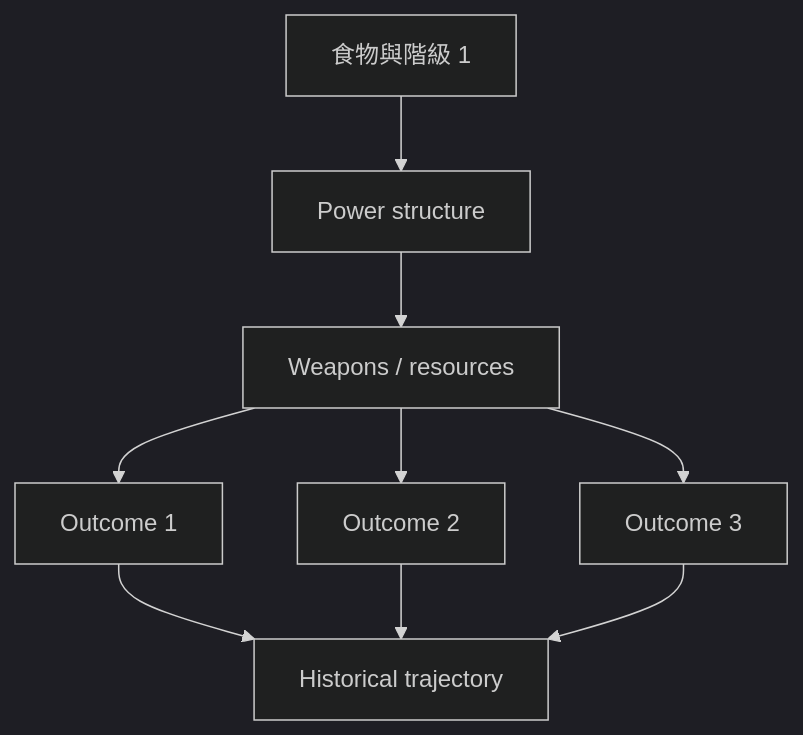
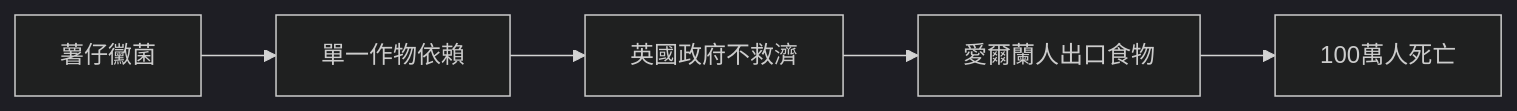
One commit to yip-lgtm/HKU-Harvard-History-Self-Study changed the fourth of 7 diagrams in 01_HKU_Courses/HIST2077_Eating_history.md. Above: the diagram before and after it, drawn with Mermaid (dark theme). The commit also changed other lines of this file and 48 other files, not shown here.

````diff
--- a/01_HKU_Courses/HIST2077_Eating_history.md
+++ b/01_HKU_Courses/HIST2077_Eating_history.md
@@ -224,11 +135,7 @@
 ```mermaid
-graph TD
-    A[食物與階級 1] --> B[Power structure]
-    B --> C[Weapons / resources]
-    C --> D[Outcome 1]
-    C --> E[Outcome 2]
-    C --> F[Outcome 3]
-    D --> G[Historical trajectory]
-    E --> G
-    F --> G
+flowchart LR
+    A[薯仔黴菌] --> B[單一作物依賴]
+    B --> C[英國政府不救濟]
+    C --> D[愛爾蘭人出口食物]
+    D --> E[100萬人死亡]
 ```
````
